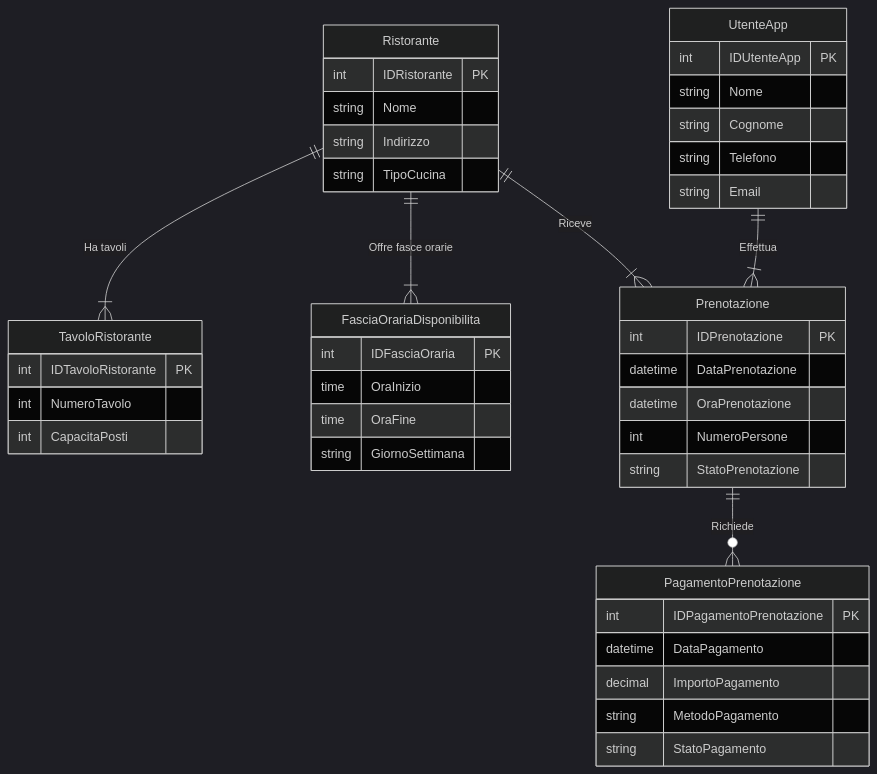
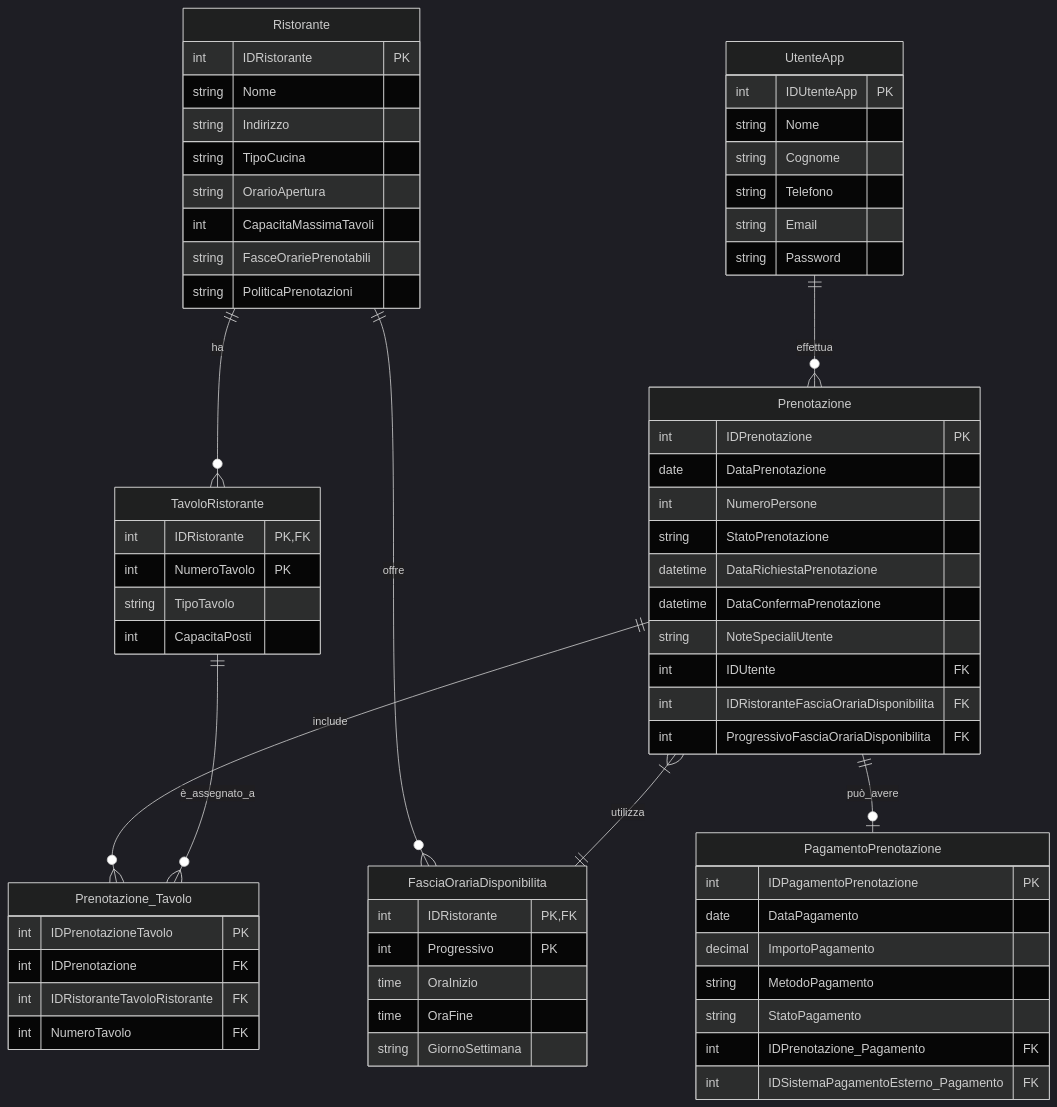
One commit to GreppiDev/Info5IA2425WebDev changed the third of 4 diagrams in rasd/use-cases-er-requirements/index.md. Above: the diagram before and after it, drawn with Mermaid (dark theme). The commit also changed other lines of this file and 30 other files, not shown here.

````diff
--- a/rasd/use-cases-er-requirements/index.md
+++ b/rasd/use-cases-er-requirements/index.md
@@ -872,52 +1166,75 @@
 ```mermaid
 erDiagram
-		Ristorante ||--|{ TavoloRistorante : "Ha tavoli"
-		Ristorante ||--|{ FasciaOrariaDisponibilita : "Offre fasce orarie" 
-		Ristorante ||--|{ Prenotazione : "Riceve"
-		UtenteApp ||--|{ Prenotazione : "Effettua"
-		Prenotazione ||--o{ PagamentoPrenotazione : "Richiede"
-		
-		Ristorante {
-				int IDRistorante PK
-				string Nome
-				string Indirizzo
-				string TipoCucina
-		}
-		
-		TavoloRistorante {
-				int IDTavoloRistorante PK
-				int NumeroTavolo
-				int CapacitaPosti
-		}
-		
-		FasciaOrariaDisponibilita {
-				int IDFasciaOraria PK
-				time OraInizio
-				time OraFine
-				string GiornoSettimana
-		}
-		
-		Prenotazione {
-				int IDPrenotazione PK
-				datetime DataPrenotazione
-				datetime OraPrenotazione
-				int NumeroPersone
-				string StatoPrenotazione
-		}
-		
-		UtenteApp {
-				int IDUtenteApp PK
-				string Nome
-				string Cognome
-				string Telefono
-				string Email
-		}
-		
-		PagamentoPrenotazione {
-				int IDPagamentoPrenotazione PK
-				datetime DataPagamento
-				decimal ImportoPagamento
-				string MetodoPagamento
-				string StatoPagamento
-		}
+    Ristorante {
+        int IDRistorante PK
+        string Nome
+        string Indirizzo
+        string TipoCucina
+        string OrarioApertura
+        int CapacitaMassimaTavoli
+        string FasceOrariePrenotabili
+        string PoliticaPrenotazioni
+    }
+    
+    Prenotazione {
+        int IDPrenotazione PK
+        date DataPrenotazione
+        int NumeroPersone
+        string StatoPrenotazione
+        datetime DataRichiestaPrenotazione
+        datetime DataConfermaPrenotazione
+        string NoteSpecialiUtente
+        int IDUtente FK
+        int IDRistoranteFasciaOrariaDisponibilita FK
+        int ProgressivoFasciaOrariaDisponibilita FK
+    }
+    
+    Prenotazione_Tavolo {
+        int IDPrenotazioneTavolo PK
+        int IDPrenotazione FK
+        int IDRistoranteTavoloRistorante FK
+        int NumeroTavolo FK
+    }
+    
+    UtenteApp {
+        int IDUtenteApp PK
+        string Nome
+        string Cognome
+        string Telefono
+        string Email
+        string Password
+    }
+    
+    TavoloRistorante {
+        int IDRistorante PK,FK
+        int NumeroTavolo PK
+        string TipoTavolo
+        int CapacitaPosti
+    }
+    
+    FasciaOrariaDisponibilita {
+        int IDRistorante PK,FK
+        int Progressivo PK
+        time OraInizio
+        time OraFine
+        string GiornoSettimana
+    }
+    
+    PagamentoPrenotazione {
+        int IDPagamentoPrenotazione PK
+        date DataPagamento
+        decimal ImportoPagamento
+        string MetodoPagamento
+        string StatoPagamento
+        int IDPrenotazione_Pagamento FK
+        int IDSistemaPagamentoEsterno_Pagamento FK
+    }
+    
+    Ristorante ||--o{ TavoloRistorante : "ha"
+    Ristorante ||--o{ FasciaOrariaDisponibilita : "offre"
+    UtenteApp ||--o{ Prenotazione : "effettua"
+    Prenotazione }|--|| FasciaOrariaDisponibilita : "utilizza"
+    Prenotazione ||--o{ Prenotazione_Tavolo : "include"
+    TavoloRistorante ||--o{ Prenotazione_Tavolo : "è_assegnato_a"
+    Prenotazione ||--o| PagamentoPrenotazione : "può_avere"
 ```
````
